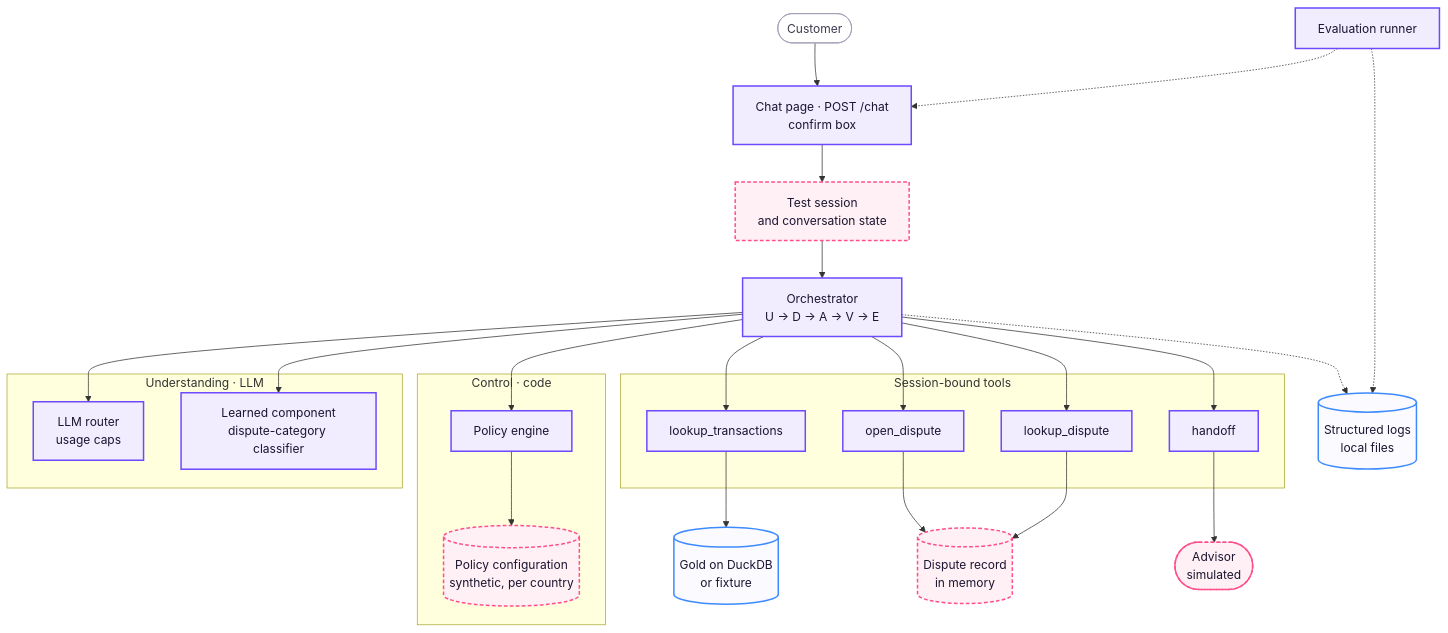
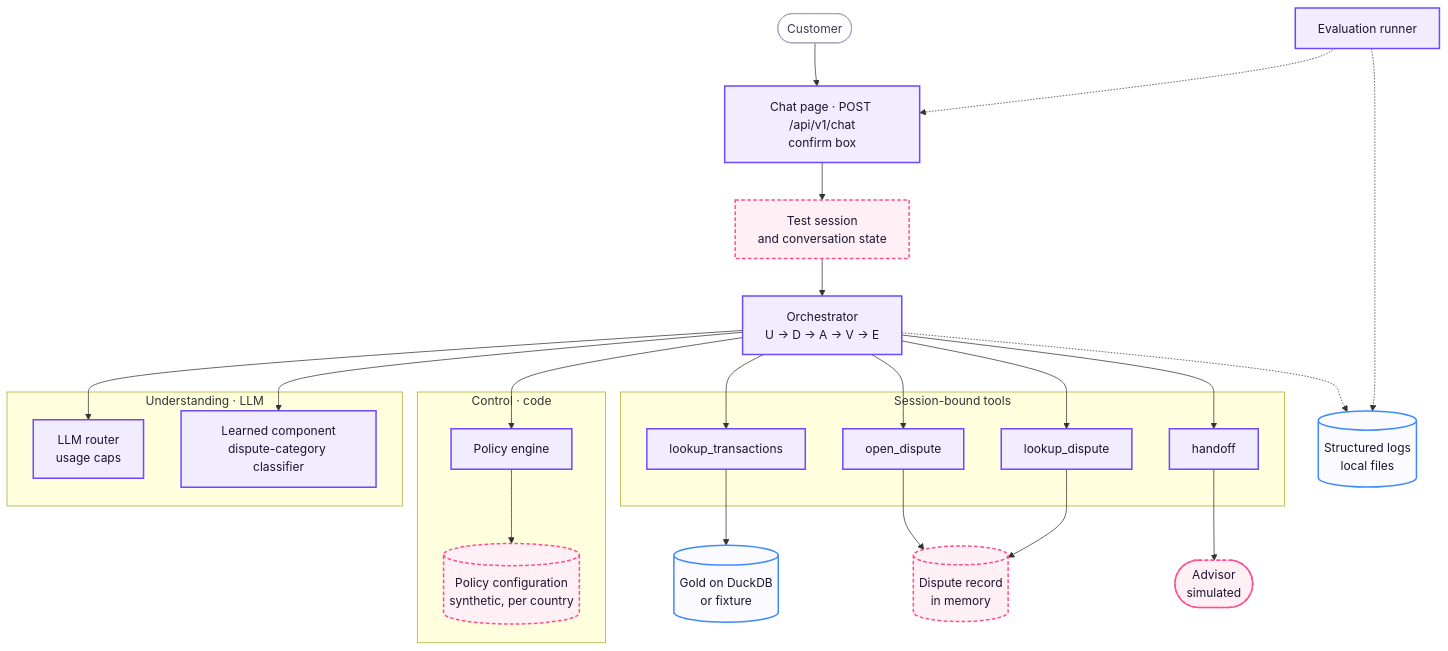
The second of 2 diagrams in docs/architecture/demo-architecture.md (rdorta27/factored-hackathon-2026-sentinel-engine), drawn with Mermaid before and after one commit. The commit also changed 17 other files, not shown here.

````diff
--- a/docs/architecture/demo-architecture.md
+++ b/docs/architecture/demo-architecture.md
@@ -48,41 +48,41 @@
 ```mermaid
 flowchart TB
-    client(["Customer"]) --> chat["Chat page · POST /chat<br/>confirm box"]
+    client(["Customer"]) --> chat["Chat page · POST /api/v1/chat<br/>confirm box"]
     chat --> session["Test session<br/>and conversation state"]
     session --> orch["Orchestrator<br/>U → D → A → V → E"]
 
     subgraph understand["Understanding · LLM"]
         router["LLM router<br/>usage caps"]
         learned["Learned component<br/>dispute-category classifier"]
     end
     subgraph control["Control · code"]
         policy["Policy engine"]
         config[("Policy configuration<br/>synthetic, per country")]
         policy --> config
     end
     subgraph toolset["Session-bound tools"]
         lookup["lookup_transactions"]
         open["open_dispute"]
         verify["lookup_dispute"]
         handoff["handoff"]
     end
 
     orch --> router & learned & policy
     orch --> lookup & open & verify & handoff
     lookup --> gold[("Gold on DuckDB<br/>or fixture")]
     open --> disputes[("Dispute record<br/>in memory")]
     verify --> disputes
     handoff --> advisor(["Advisor<br/>simulated"])
     orch -.-> logs[("Structured logs<br/>local files")]
     evalr["Evaluation runner"] -.-> chat
     evalr -.-> logs
 
     classDef comp fill:#f1edff,stroke:#6d4aff,stroke-width:2px,color:#1a1530
     classDef store fill:#fbfaff,stroke:#3d8bff,stroke-width:2px,color:#1a1530
     classDef mock fill:#fff0f5,stroke:#ff4f8b,stroke-width:2px,stroke-dasharray:5 3,color:#1a1530
     classDef ext fill:#ffffff,stroke:#a09cb5,stroke-width:1px,color:#3d3a4f
     class chat,orch,router,learned,policy,lookup,open,verify,handoff,evalr comp
     class gold,logs store
     class session,config,disputes,advisor mock
     class client ext
 ```
````
